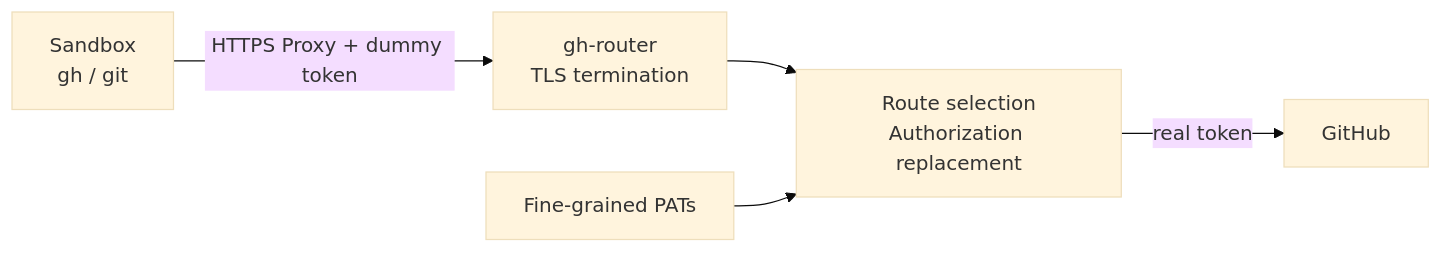
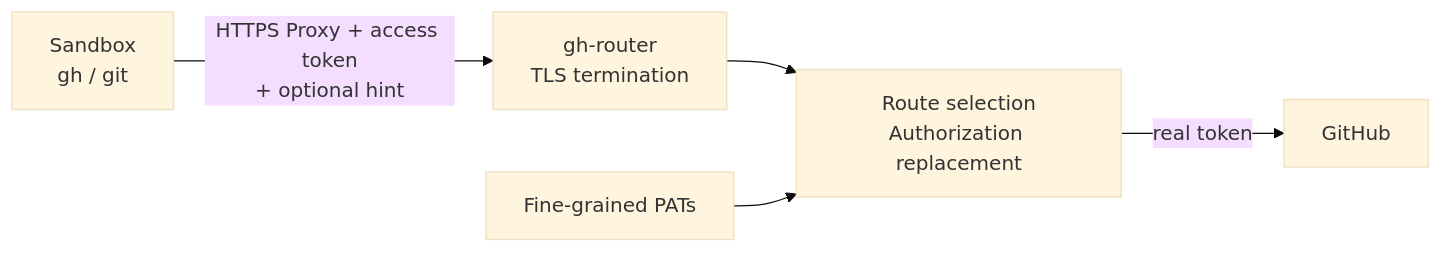
The diagram in docs/design.md (takonomura/gh-router), drawn with Mermaid (base theme) before and after one commit. The commit also changed other lines of this file and 9 other files, not shown here.

````diff
--- a/docs/design.md
+++ b/docs/design.md
@@ -72,7 +72,7 @@
 ```mermaid
 flowchart LR
-    C[Sandbox<br/>gh / git] -->|HTTPS Proxy + dummy token| P[gh-router<br/>TLS termination]
+    C[Sandbox<br/>gh / git] -->|HTTPS Proxy + access token<br/>+ optional hint| P[gh-router<br/>TLS termination]
     P --> R[Route selection<br/>Authorization replacement]
     R -->|real token| G[GitHub]
     T[Fine-grained PATs] --> R
 ```
````
